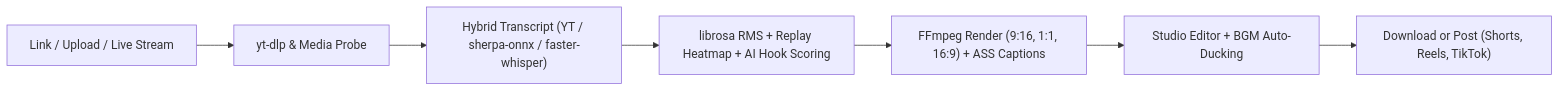
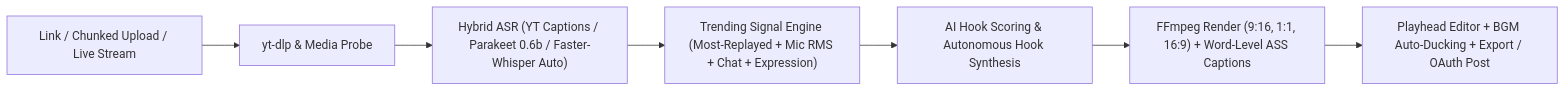
The diagram in README.md (Chethankumar443/ClipCut), drawn with Mermaid before and after one commit. The commit also changed other lines of this file and 5 other files, not shown here.

Commit message:
Update README and adapt speech tests for Faster-Whisper auto-detect

````diff
--- a/README.md
+++ b/README.md
@@ -43,9 +46,9 @@
 ```mermaid
 flowchart LR
-    A["Link / Upload / Live Stream"] --> B["yt-dlp & Media Probe"]
-    B --> C["Hybrid Transcript (YT / sherpa-onnx / faster-whisper)"]
-    C --> D["librosa RMS + Replay Heatmap + AI Hook Scoring"]
-    D --> E["FFmpeg Render (9:16, 1:1, 16:9) + ASS Captions"]
-    E --> F["Studio Editor + BGM Auto-Ducking"]
-    F --> G["Download or Post (Shorts, Reels, TikTok)"]
+    A["Link / Chunked Upload / Live Stream"] --> B["yt-dlp & Media Probe"]
+    B --> C["Hybrid ASR (YT Captions / Parakeet 0.6b / Faster-Whisper Auto)"]
+    C --> D["Trending Signal Engine (Most-Replayed + Mic RMS + Chat + Expression)"]
+    D --> E["AI Hook Scoring & Autonomous Hook Synthesis"]
+    E --> F["FFmpeg Render (9:16, 1:1, 16:9) + Word-Level ASS Captions"]
+    F --> G["Playhead Editor + BGM Auto-Ducking + Export / OAuth Post"]
 ```
````
